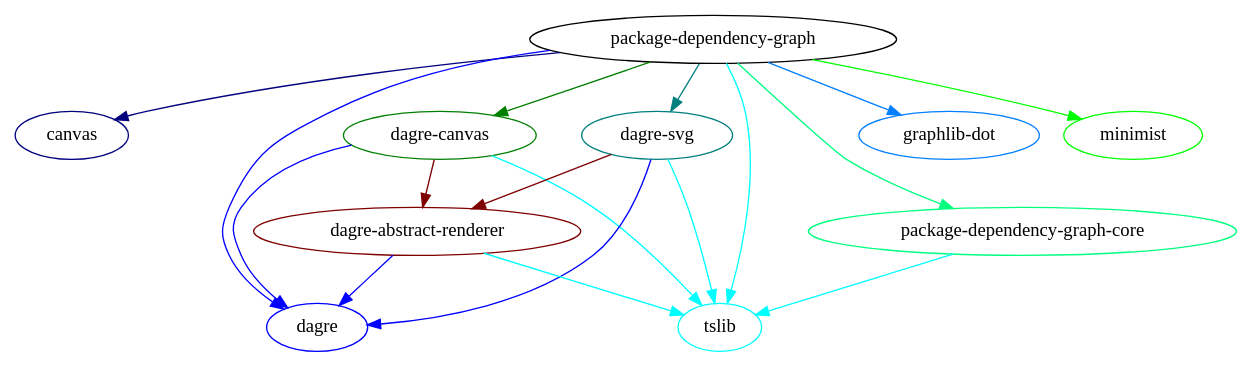
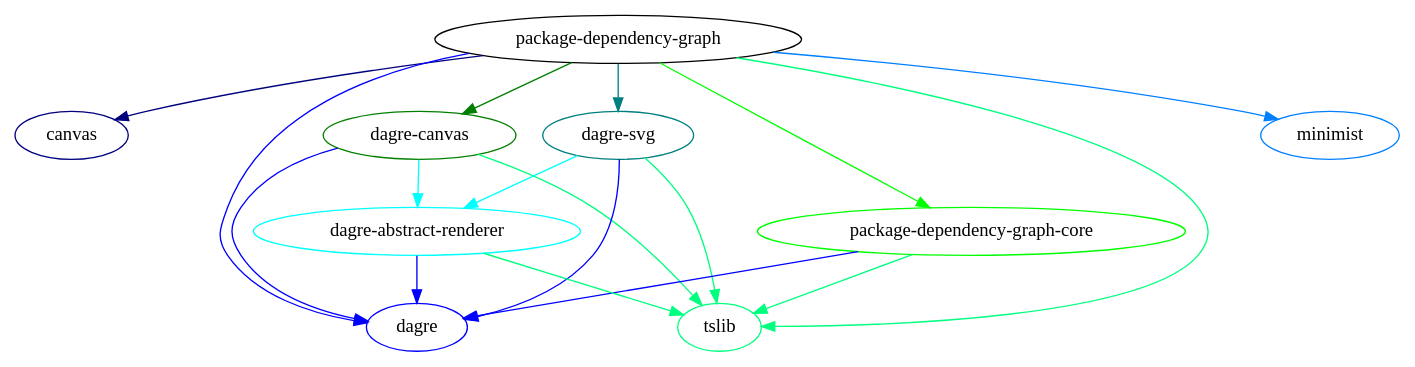
One commit to plantain-00/package-dependency-graph changed the diagram in spec/result.dot. Above: the diagram before and after it, drawn with Graphviz. The commit also changed 13 other files, not shown here.

Commit message:
feat: add dependencies to dagre directly rather than by dot

```diff
--- a/spec/result.dot
+++ b/spec/result.dot
@@ -1,31 +1,30 @@
 // generated by package-dependency-graph
 digraph {
   package_dependency_graph -> canvas[color = "#00007f"]
   package_dependency_graph -> dagre[color = "#0000ff"]
   package_dependency_graph -> dagre_canvas[color = "#007f00"]
   package_dependency_graph -> dagre_svg[color = "#007f7f"]
-  package_dependency_graph -> graphlib_dot[color = "#007fff"]
-  package_dependency_graph -> minimist[color = "#00ff00"]
-  package_dependency_graph -> package_dependency_graph_core[color = "#00ff7f"]
-  package_dependency_graph -> tslib[color = "#00ffff"]
-  package_dependency_graph_core -> tslib[color = "#00ffff"]
+  package_dependency_graph -> minimist[color = "#007fff"]
+  package_dependency_graph -> package_dependency_graph_core[color = "#00ff00"]
+  package_dependency_graph -> tslib[color = "#00ff7f"]
+  package_dependency_graph_core -> dagre[color = "#0000ff"]
+  package_dependency_graph_core -> tslib[color = "#00ff7f"]
   dagre_abstract_renderer -> dagre[color = "#0000ff"]
-  dagre_abstract_renderer -> tslib[color = "#00ffff"]
+  dagre_abstract_renderer -> tslib[color = "#00ff7f"]
   dagre_canvas -> dagre[color = "#0000ff"]
-  dagre_canvas -> dagre_abstract_renderer[color = "#7f0000"]
-  dagre_canvas -> tslib[color = "#00ffff"]
+  dagre_canvas -> dagre_abstract_renderer[color = "#00ffff"]
+  dagre_canvas -> tslib[color = "#00ff7f"]
   dagre_svg -> dagre[color = "#0000ff"]
-  dagre_svg -> dagre_abstract_renderer[color = "#7f0000"]
-  dagre_svg -> tslib[color = "#00ffff"]
+  dagre_svg -> dagre_abstract_renderer[color = "#00ffff"]
+  dagre_svg -> tslib[color = "#00ff7f"]
 
   package_dependency_graph[label = "package-dependency-graph", color = "#000000"]
   canvas[label = "canvas", color = "#00007f"]
   dagre[label = "dagre", color = "#0000ff"]
   dagre_canvas[label = "dagre-canvas", color = "#007f00"]
   dagre_svg[label = "dagre-svg", color = "#007f7f"]
-  graphlib_dot[label = "graphlib-dot", color = "#007fff"]
-  minimist[label = "minimist", color = "#00ff00"]
-  package_dependency_graph_core[label = "package-dependency-graph-core", color = "#00ff7f"]
-  tslib[label = "tslib", color = "#00ffff"]
-  dagre_abstract_renderer[label = "dagre-abstract-renderer", color = "#7f0000"]
+  minimist[label = "minimist", color = "#007fff"]
+  package_dependency_graph_core[label = "package-dependency-graph-core", color = "#00ff00"]
+  tslib[label = "tslib", color = "#00ff7f"]
+  dagre_abstract_renderer[label = "dagre-abstract-renderer", color = "#00ffff"]
 }
```
